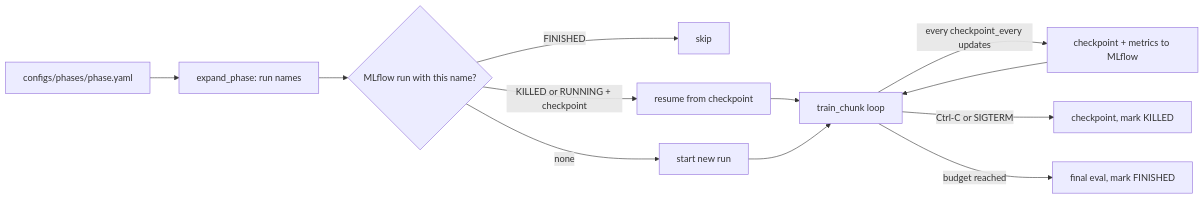
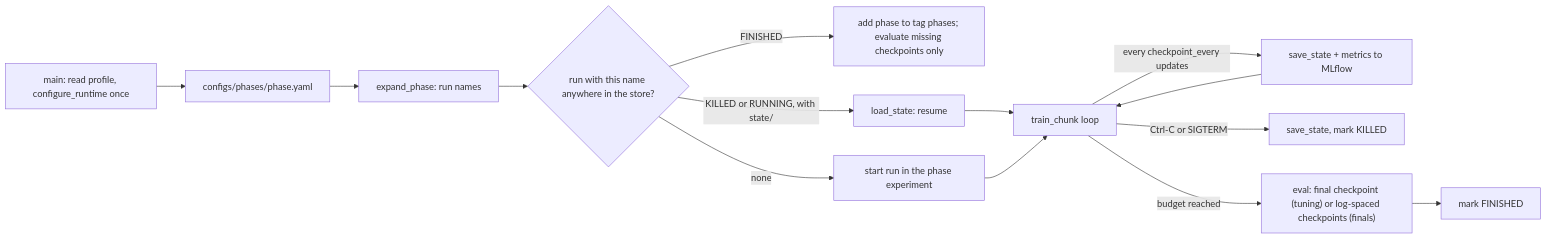
Before and after one commit to Pawlo77/rl-craftmax: the diagram in plans/2026-10-20-craftax-project/2026-10-20-craftax-infrastructure.md, drawn with Mermaid. The commit also changed other lines of this file and 27 other files, not shown here.

````diff
--- a/plans/2026-10-20-craftax-project/2026-10-20-craftax-infrastructure.md
+++ b/plans/2026-10-20-craftax-project/2026-10-20-craftax-infrastructure.md
@@ -23,14 +23,16 @@
 ```mermaid
 flowchart LR
-  Y["configs/phases/phase.yaml"] --> Q["expand_phase: run names"]
-  Q --> L{"MLflow run with this name?"}
-  L -- "FINISHED" --> S["skip"]
-  L -- "KILLED or RUNNING + checkpoint" --> R["resume from checkpoint"]
-  L -- "none" --> N["start new run"]
+  P["main: read profile, configure_runtime once"] --> Y["configs/phases/phase.yaml"]
+  Y --> Q["expand_phase: run names"]
+  Q --> L{"run with this name anywhere in the store?"}
+  L -- "FINISHED" --> S["add phase to tag phases; evaluate missing checkpoints only"]
+  L -- "KILLED or RUNNING, with state/" --> R["load_state: resume"]
+  L -- "none" --> N["start run in the phase experiment"]
   R --> T["train_chunk loop"]
   N --> T
-  T -- "every checkpoint_every updates" --> C["checkpoint + metrics to MLflow"]
+  T -- "every checkpoint_every updates" --> C["save_state + metrics to MLflow"]
   C --> T
-  T -- "Ctrl-C or SIGTERM" --> K["checkpoint, mark KILLED"]
-  T -- "budget reached" --> F["final eval, mark FINISHED"]
+  T -- "Ctrl-C or SIGTERM" --> K["save_state, mark KILLED"]
+  T -- "budget reached" --> E["eval: final checkpoint (tuning) or log-spaced checkpoints (finals)"]
+  E --> F["mark FINISHED"]
 ```
````
